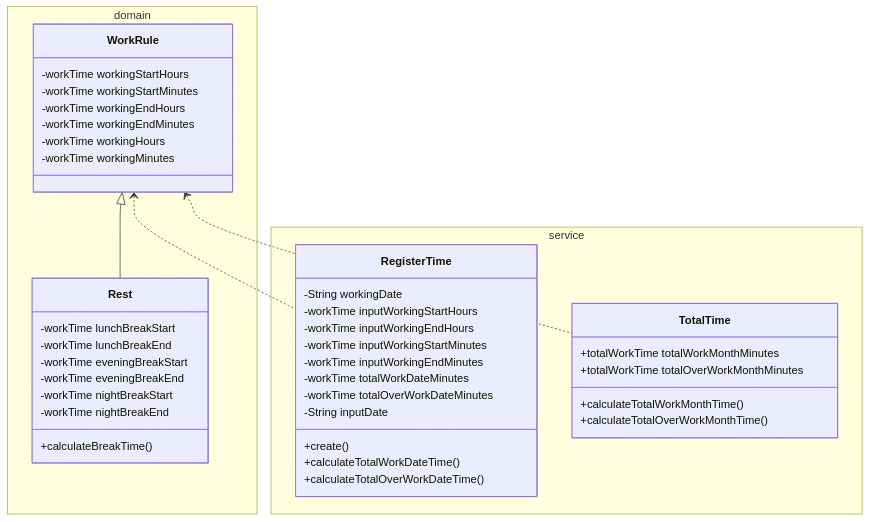
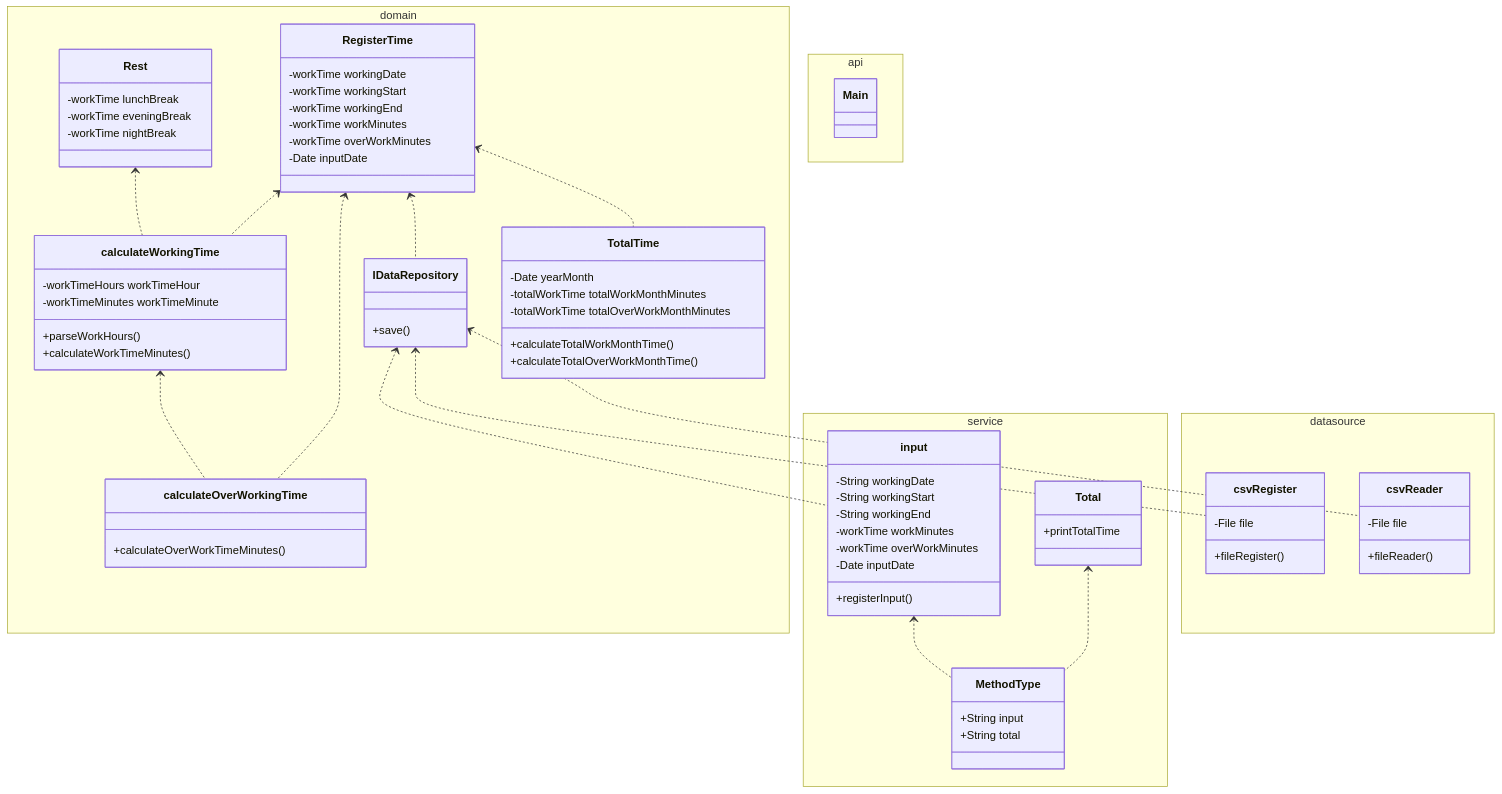
Before and after one commit to biglobe-isp/kintai: the diagram in model.md, drawn with Mermaid. The commit also changed 3 other files, not shown here.

````diff
--- a/model.md
+++ b/model.md
@@ -1,49 +1,90 @@
 ```mermaid
 classDiagram
     namespace domain {
-        class WorkRule{
-            -workTime workingStartHours
-            -workTime workingStartMinutes
-            -workTime workingEndHours
-            -workTime workingEndMinutes
-            -workTime workingHours
-            -workTime workingMinutes
-        }
     
         class Rest{
-            -workTime lunchBreakStart
-            -workTime lunchBreakEnd
-            -workTime eveningBreakStart
-            -workTime eveningBreakEnd
-            -workTime nightBreakStart
-            -workTime nightBreakEnd
-            +calculateBreakTime()
+            -workTime lunchBreak
+            -workTime eveningBreak
+            -workTime nightBreak
+        } 
+        class RegisterTime{
+            -workTime workingDate
+            -workTime workingStart
+            -workTime workingEnd
+            -workTime workMinutes
+            -workTime overWorkMinutes
+            -Date inputDate
+        }
+        class TotalTime{
+            -Date yearMonth
+            -totalWorkTime totalWorkMonthMinutes
+            -totalWorkTime totalOverWorkMonthMinutes
+            +calculateTotalWorkMonthTime()
+            +calculateTotalOverWorkMonthTime()
+        }
+        class calculateWorkingTime{
+            -workTimeHours workTimeHour
+            -workTimeMinutes workTimeMinute
+            +parseWorkHours()
+            +calculateWorkTimeMinutes()
+        }
+        class calculateOverWorkingTime{
+            +calculateOverWorkTimeMinutes()
+        }
+        class IDataRepository{
+            +save()
+        }
+        }
+    namespace service {
+        class input{
+            -String workingDate
+            -String workingStart
+            -String workingEnd
+            -workTime workMinutes
+            -workTime overWorkMinutes
+            -Date inputDate
+            +registerInput()
+        }
+        class MethodType{
+            +String input
+            +String total
+        }
+        class Total{
+            +printTotalTime
+        }
+    }
+    namespace datasource {
+        class csvRegister{
+            -File file
+            +fileRegister()
+        } 
+        class csvReader{
+            -File file
+            +fileReader()
         } 
         }
-        namespace service {
-            class RegisterTime{
-                -String workingDate
-                -workTime inputWorkingStartHours
-                -workTime inputWorkingEndHours
-                -workTime inputWorkingStartMinutes
-                -workTime inputWorkingEndMinutes
-                -workTime totalWorkDateMinutes
-                -workTime totalOverWorkDateMinutes
-                -String inputDate
-                +create()
-                +calculateTotalWorkDateTime()
-                +calculateTotalOverWorkDateTime()
-            }
-            class TotalTime{
-                +totalWorkTime totalWorkMonthMinutes
-                +totalWorkTime totalOverWorkMonthMinutes
-                +calculateTotalWorkMonthTime()
-                +calculateTotalOverWorkMonthTime()
-            }
-            }
-        WorkRule <|-- Rest
-        WorkRule <.. RegisterTime
-        WorkRule <.. TotalTime
-
-
+    namespace api {
+        class Main{
+            
+        }
+        }
+        
+        Rest <.. calculateWorkingTime
+        RegisterTime <.. calculateWorkingTime
+        RegisterTime <.. calculateOverWorkingTime
+        RegisterTime <.. IDataRepository
+        RegisterTime <.. TotalTime
+        IDataRepository <.. input
+        IDataRepository <.. csvRegister
+        IDataRepository <.. csvReader
+        input <.. MethodType
+        Total <.. MethodType
+        calculateWorkingTime <.. calculateOverWorkingTime
+%%ロジックはドメイン層　手段とロジックは分ける
+%%ヒト：従業員
+%%モノ：就業規則、開始時間、終業時間、就業時間、休憩時間、休憩開始時刻、休憩終了時刻、CSV
+%%コト：登録する、計算する、入力する
+%%変数の型で依存しているかを判断する
+%%インターフェース
+%%サービス層はシナリオ
 ```
````
